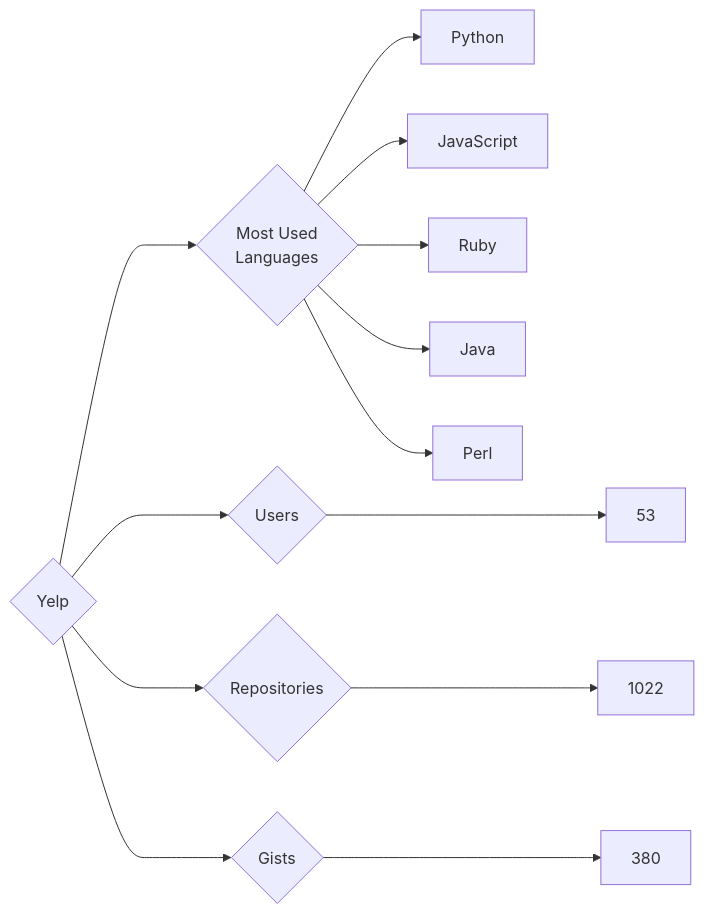
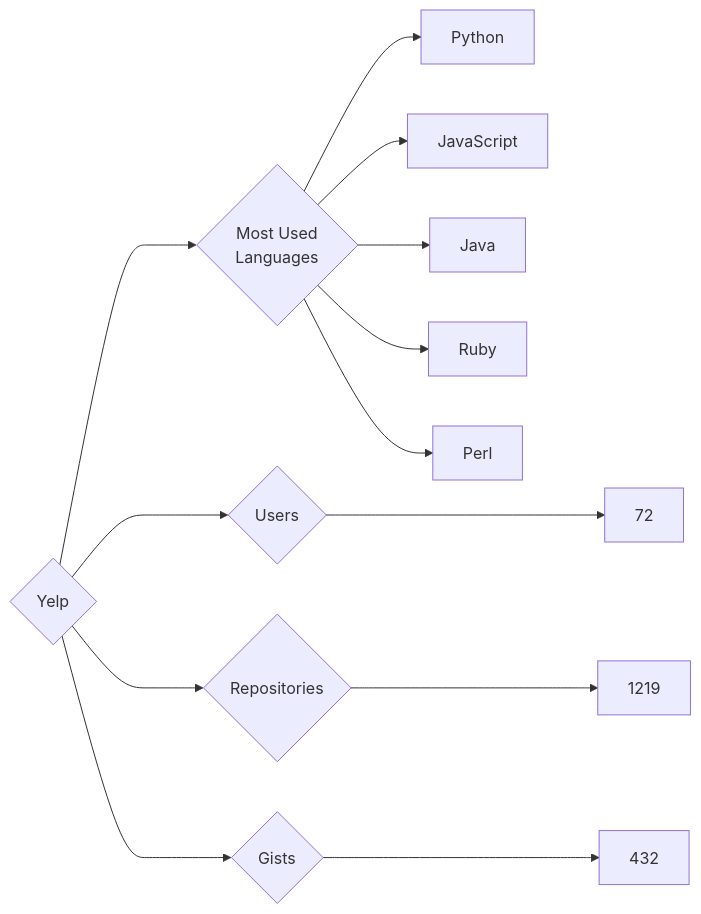
Before and after one commit to trickest/insiders: the diagram in targets/Yelp/README.md, drawn with Mermaid. The commit also changed 964 other files, not shown here.

````diff
--- a/targets/Yelp/README.md
+++ b/targets/Yelp/README.md
@@ -3,13 +3,13 @@
 ```mermaid
 graph LR
 COMPANY_NAME{Yelp}
-COMPANY_NAME ---> U{Users} ---> UN[53]
-COMPANY_NAME ---> R{Repositories} ---> RN[1022]
-COMPANY_NAME ---> G{Gists} ---> GN[380]
+COMPANY_NAME ---> U{Users} ---> UN[72]
+COMPANY_NAME ---> R{Repositories} ---> RN[1219]
+COMPANY_NAME ---> G{Gists} ---> GN[432]
 COMPANY_NAME ---> ML{Most Used<br>Languages}
 ML --> Python[Python]
 ML --> JavaScript[JavaScript]
+ML --> Java[Java]
 ML --> Ruby[Ruby]
-ML --> Java[Java]
 ML --> Perl[Perl]
 ```
````
